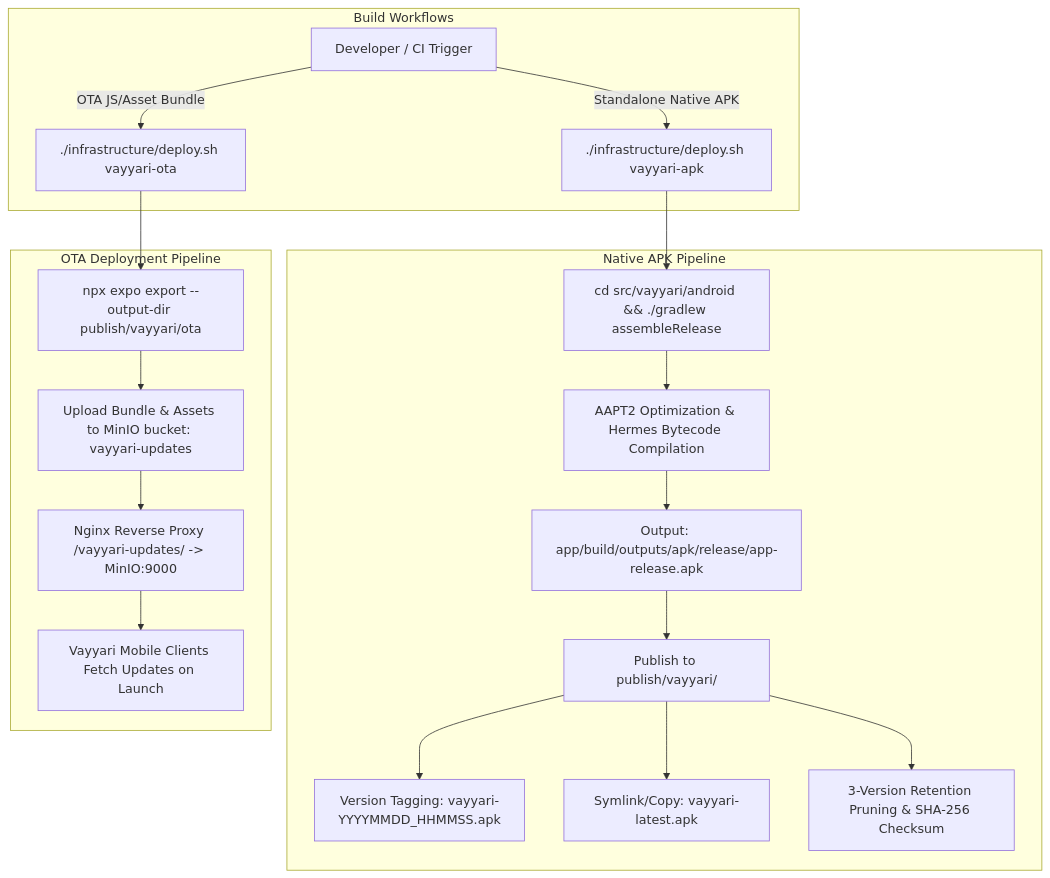
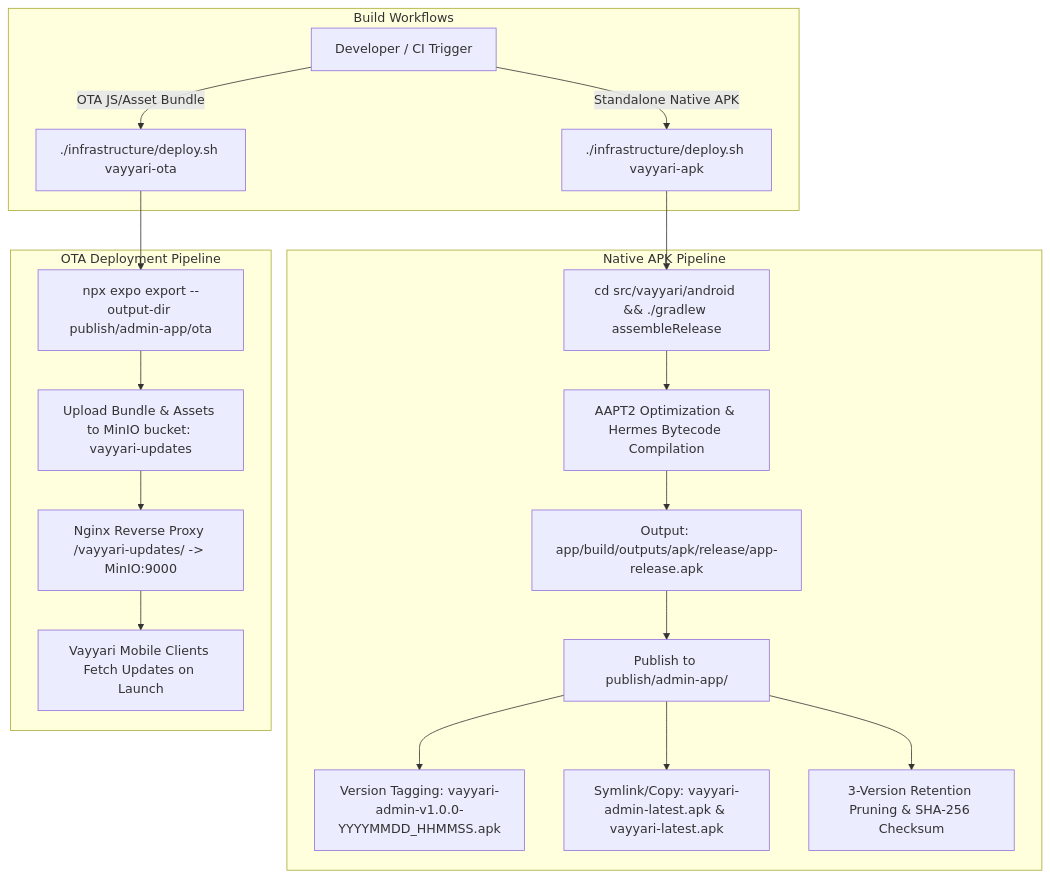
One commit to kri-kan/deeplens changed the diagram in docs/deeplens/guides/mobile-build-and-deploy.md. Above: the diagram before and after it, drawn with Mermaid. The commit also changed other lines of this file and 18 other files, not shown here.

Commit message:
feat: standardize Vayyari Admin naming, update publish/admin-app and publish/vayyari directories, and add publish-store.sh

````diff
--- a/docs/deeplens/guides/mobile-build-and-deploy.md
+++ b/docs/deeplens/guides/mobile-build-and-deploy.md
@@ -9,24 +9,24 @@
 ```mermaid
 flowchart TD
     subgraph Build Workflows
         A[Developer / CI Trigger] -->|Standalone Native APK| B[./infrastructure/deploy.sh vayyari-apk]
         A -->|OTA JS/Asset Bundle| C[./infrastructure/deploy.sh vayyari-ota]
     end
 
     subgraph Native APK Pipeline
         B --> D[cd src/vayyari/android && ./gradlew assembleRelease]
         D --> E[AAPT2 Optimization & Hermes Bytecode Compilation]
         E --> F[Output: app/build/outputs/apk/release/app-release.apk]
-        F --> G[Publish to publish/vayyari/]
-        G --> H[Version Tagging: vayyari-YYYYMMDD_HHMMSS.apk]
-        G --> I[Symlink/Copy: vayyari-latest.apk]
+        F --> G[Publish to publish/admin-app/]
+        G --> H[Version Tagging: vayyari-admin-v1.0.0-YYYYMMDD_HHMMSS.apk]
+        G --> I[Symlink/Copy: vayyari-admin-latest.apk & vayyari-latest.apk]
         G --> J[3-Version Retention Pruning & SHA-256 Checksum]
     end
 
     subgraph OTA Deployment Pipeline
-        C --> K[npx expo export --output-dir publish/vayyari/ota]
+        C --> K[npx expo export --output-dir publish/admin-app/ota]
         K --> L[Upload Bundle & Assets to MinIO bucket: vayyari-updates]
         L --> M[Nginx Reverse Proxy /vayyari-updates/ -> MinIO:9000]
         M --> N[Vayyari Mobile Clients Fetch Updates on Launch]
     end
 ```
````
